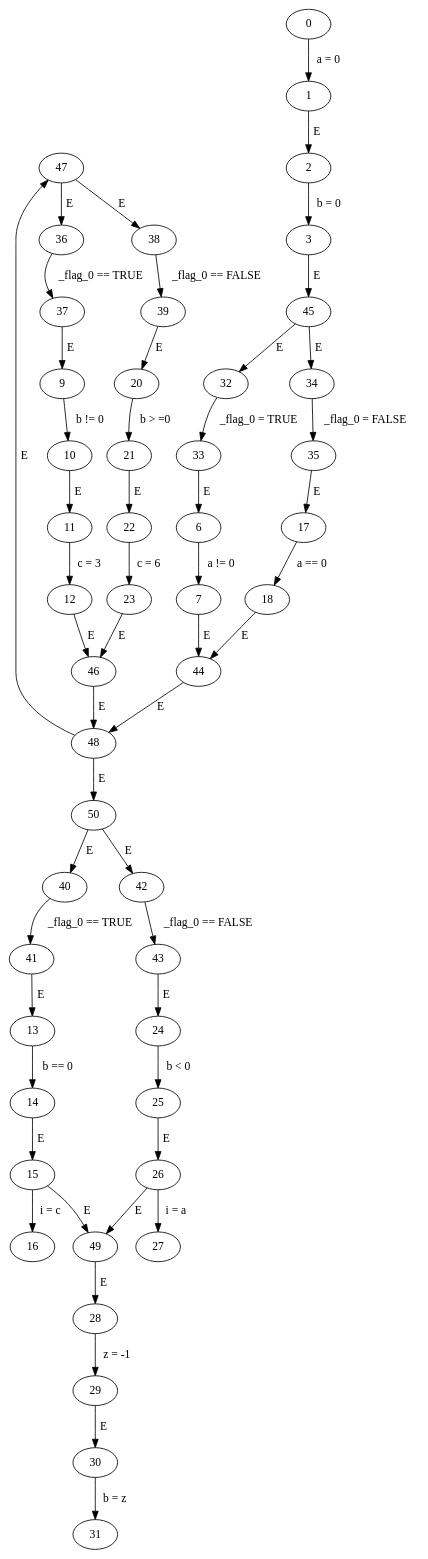
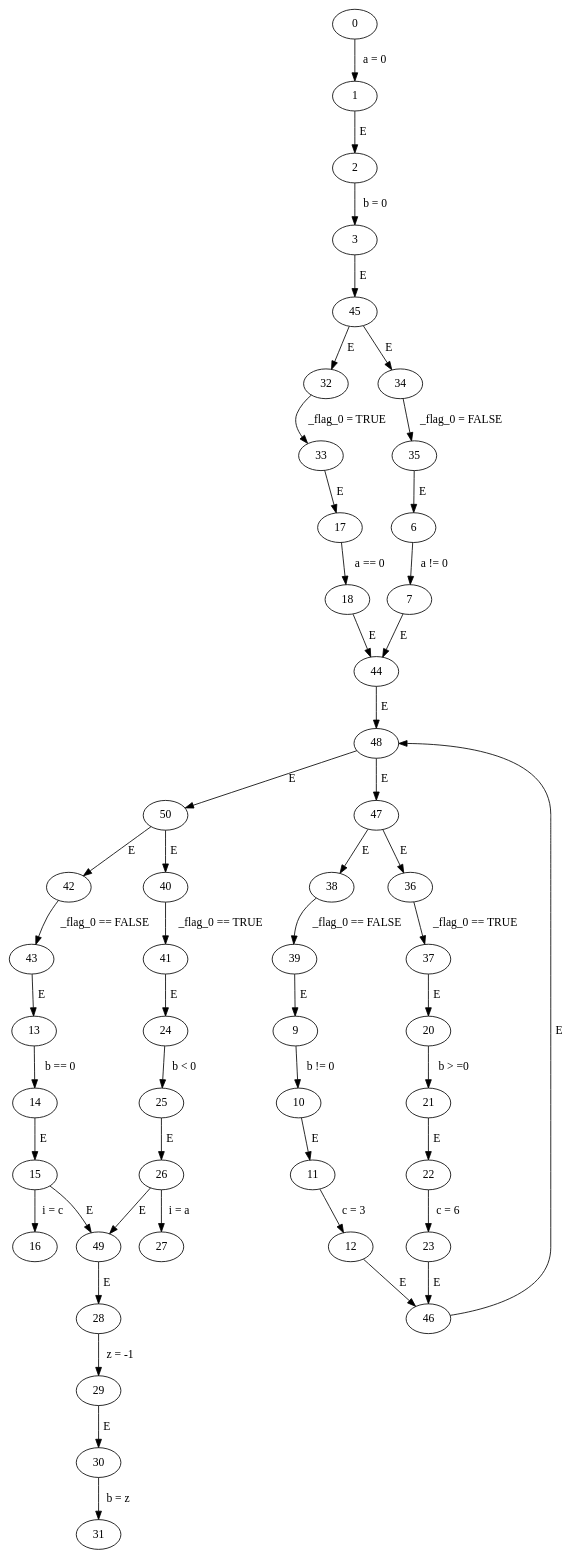
Before and after one commit to Harman309/project6: the diagram in code/norm_cfgs/ambwhile/ambwhile.gv, drawn with Graphviz. The commit also changed 35 other files, not shown here.

```diff
--- a/code/norm_cfgs/ambwhile/ambwhile.gv
+++ b/code/norm_cfgs/ambwhile/ambwhile.gv
@@ -1,53 +1,53 @@
 // ambwhile
 digraph {
-	47 -> 36 [label=" E "]
-	47 -> 38 [label=" E "]
-	12 -> 46 [label=" E "]
-	38 -> 39 [label=" _flag_0 == FALSE "]
-	23 -> 46 [label=" E "]
-	30 -> 31 [label=" b = z "]
-	13 -> 14 [label=" b == 0 "]
+	29 -> 30 [label=" E "]
+	48 -> 50 [label=" E "]
+	40 -> 41 [label=" _flag_0 == TRUE "]
+	41 -> 24 [label=" E "]
+	11 -> 12 [label=" c = 3 "]
+	49 -> 28 [label=" E "]
 	48 -> 47 [label=" E "]
-	46 -> 48 [label=" E "]
-	48 -> 50 [label=" E "]
-	41 -> 13 [label=" E "]
-	40 -> 41 [label=" _flag_0 == TRUE "]
-	24 -> 25 [label=" b < 0 "]
-	49 -> 28 [label=" E "]
-	43 -> 24 [label=" E "]
-	14 -> 15 [label=" E "]
-	1 -> 2 [label=" E "]
+	43 -> 13 [label=" E "]
+	6 -> 7 [label=" a != 0 "]
+	10 -> 11 [label=" E "]
 	42 -> 43 [label=" _flag_0 == FALSE "]
 	3 -> 45 [label=" E "]
+	30 -> 31 [label=" b = z "]
+	46 -> 48 [label=" E "]
+	33 -> 17 [label=" E "]
+	14 -> 15 [label=" E "]
 	50 -> 40 [label=" E "]
-	33 -> 6 [label=" E "]
 	50 -> 42 [label=" E "]
+	28 -> 29 [label=" z = -1 "]
+	35 -> 6 [label=" E "]
+	26 -> 49 [label=" E "]
+	21 -> 22 [label=" E "]
 	15 -> 49 [label=" E "]
-	35 -> 17 [label=" E "]
-	26 -> 49 [label=" E "]
-	2 -> 3 [label=" b = 0 "]
-	20 -> 21 [label=" b > =0 "]
-	21 -> 22 [label=" E "]
 	32 -> 33 [label=" _flag_0 = TRUE "]
-	9 -> 10 [label=" b != 0 "]
-	10 -> 11 [label=" E "]
-	29 -> 30 [label=" E "]
 	25 -> 26 [label=" E "]
-	17 -> 18 [label=" a == 0 "]
 	45 -> 32 [label=" E "]
-	11 -> 12 [label=" c = 3 "]
 	45 -> 34 [label=" E "]
-	0 -> 1 [label=" a = 0 "]
+	18 -> 44 [label=" E "]
 	34 -> 35 [label=" _flag_0 = FALSE "]
 	7 -> 44 [label=" E "]
+	37 -> 20 [label=" E "]
 	22 -> 23 [label=" c = 6 "]
-	18 -> 44 [label=" E "]
-	37 -> 9 [label=" E "]
+	17 -> 18 [label=" a == 0 "]
+	39 -> 9 [label=" E "]
 	15 -> 16 [label=" i = c "]
-	28 -> 29 [label=" z = -1 "]
-	39 -> 20 [label=" E "]
 	44 -> 48 [label=" E "]
+	24 -> 25 [label=" b < 0 "]
+	0 -> 1 [label=" a = 0 "]
+	20 -> 21 [label=" b > =0 "]
+	36 -> 37 [label=" _flag_0 == TRUE "]
+	1 -> 2 [label=" E "]
+	47 -> 36 [label=" E "]
+	2 -> 3 [label=" b = 0 "]
+	47 -> 38 [label=" E "]
+	23 -> 46 [label=" E "]
+	38 -> 39 [label=" _flag_0 == FALSE "]
+	12 -> 46 [label=" E "]
+	13 -> 14 [label=" b == 0 "]
 	26 -> 27 [label=" i = a "]
-	36 -> 37 [label=" _flag_0 == TRUE "]
-	6 -> 7 [label=" a != 0 "]
+	9 -> 10 [label=" b != 0 "]
 }
```
